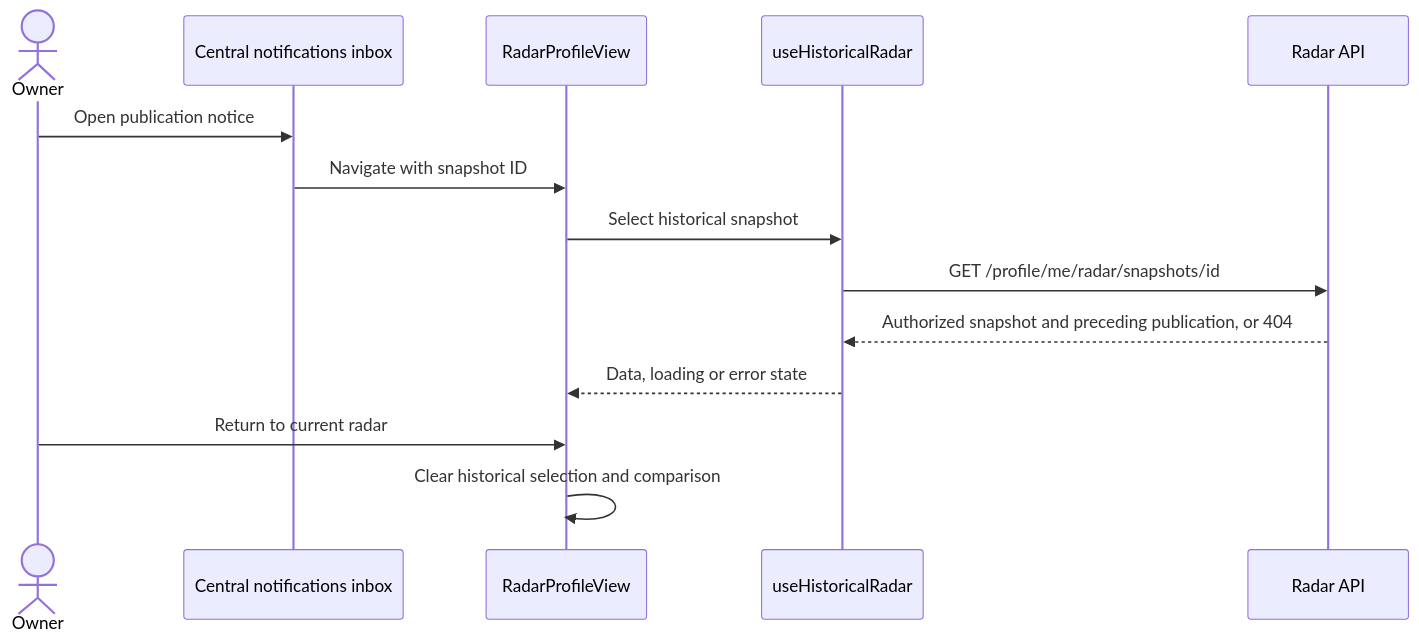
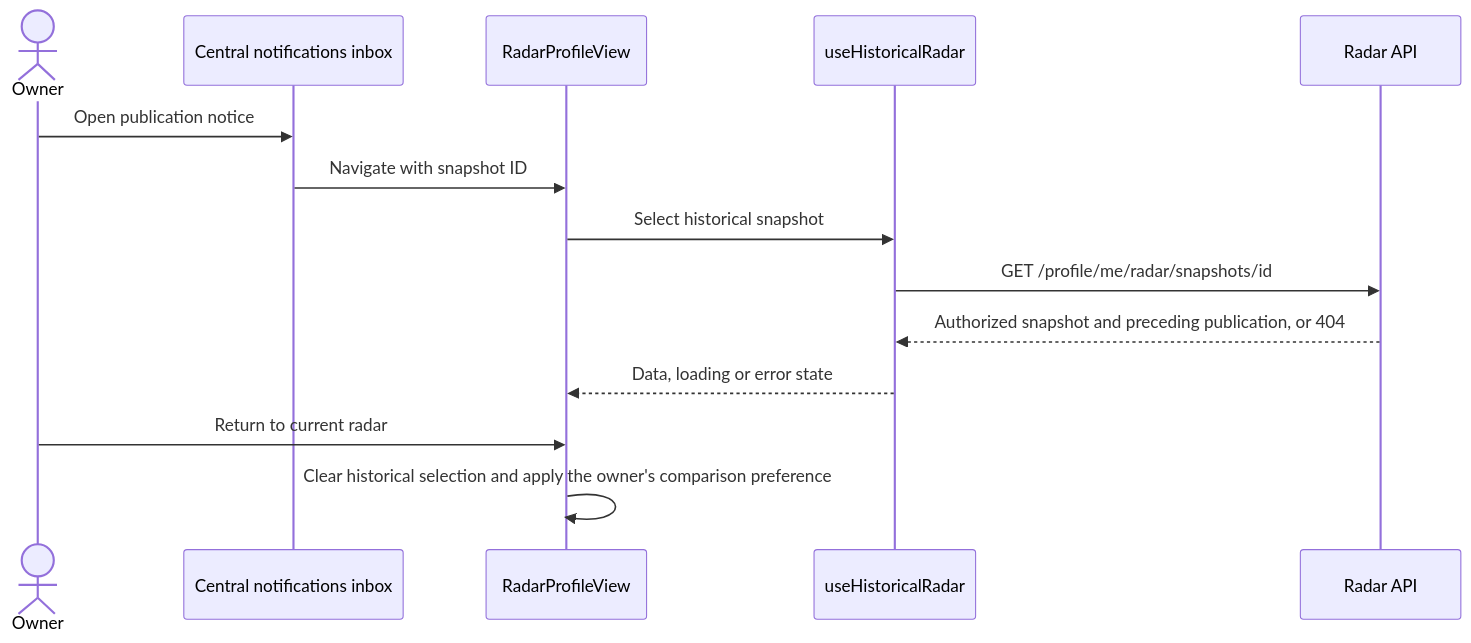
One commit to UMSSY/umssy-app changed the fourth of 4 diagrams in docs/radar-chart/README.md. Above: the diagram before and after it, drawn with Mermaid. The commit also changed other lines of this file and 6 other files, not shown here.

````diff
--- a/docs/radar-chart/README.md
+++ b/docs/radar-chart/README.md
@@ -104,16 +106,16 @@
 ```mermaid
 sequenceDiagram
   actor Owner
   participant Inbox as Central notifications inbox
   participant View as RadarProfileView
   participant Hook as useHistoricalRadar
   participant API as Radar API
   Owner->>Inbox: Open publication notice
   Inbox->>View: Navigate with snapshot ID
   View->>Hook: Select historical snapshot
   Hook->>API: GET /profile/me/radar/snapshots/id
   API-->>Hook: Authorized snapshot and preceding publication, or 404
   Hook-->>View: Data, loading or error state
   Owner->>View: Return to current radar
-  View->>View: Clear historical selection and comparison
+  View->>View: Clear historical selection and apply the owner's comparison preference
 ```
````
